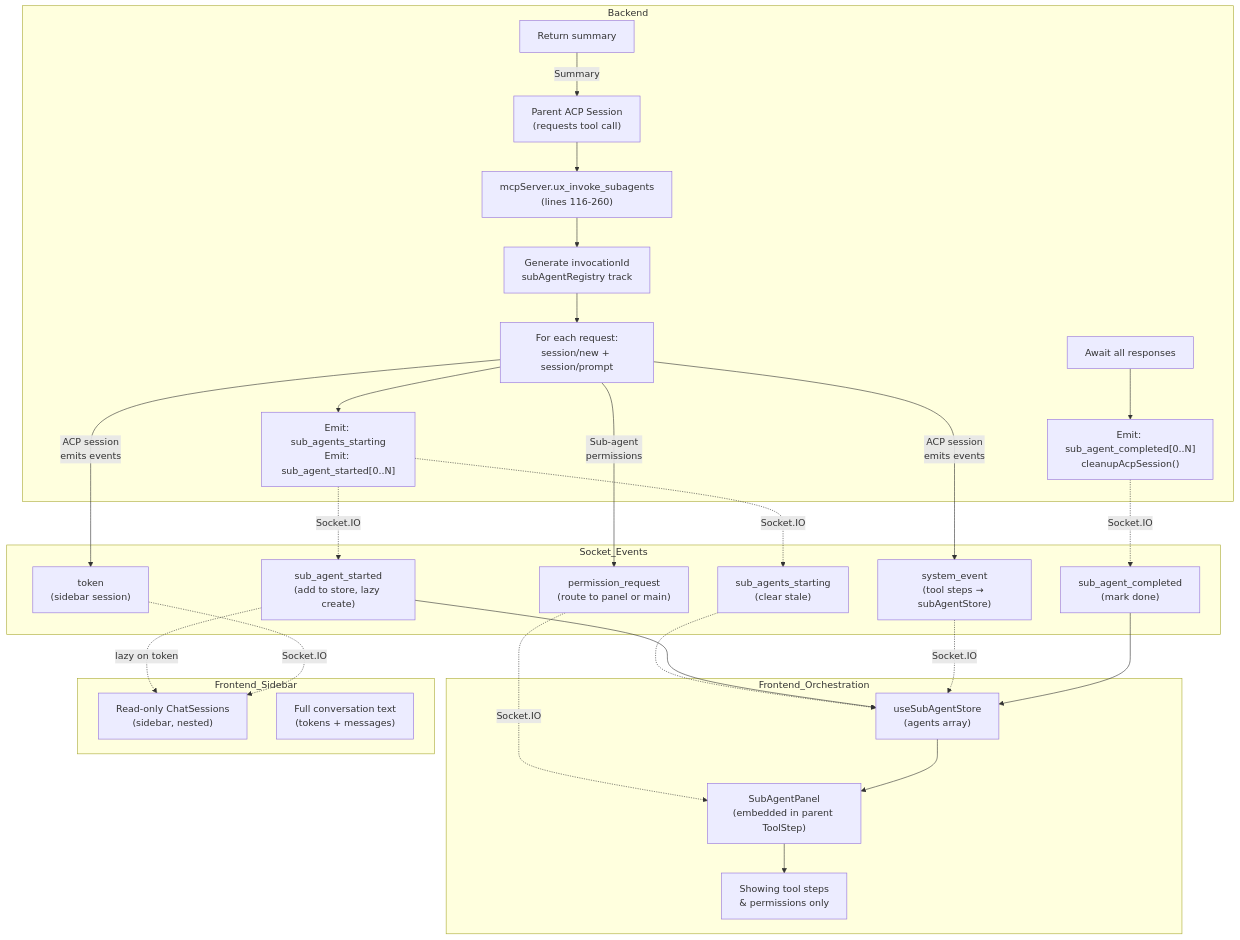
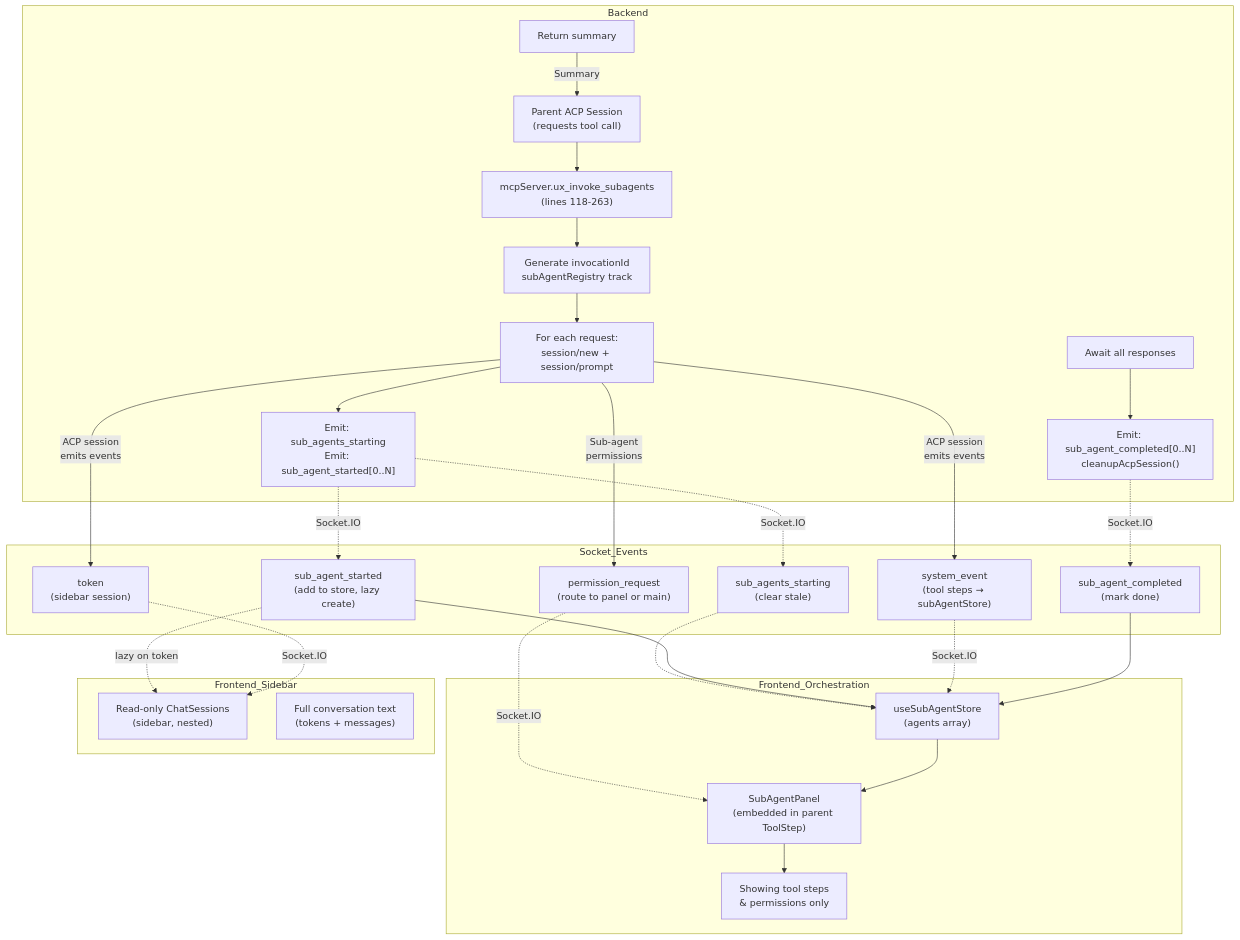
The diagram in documents/[Feature Doc] - ux_invoke_subagents.md (BitsInBytes/AcpUI), drawn with Mermaid before and after one commit. The commit also changed other lines of this file and 27 other files, not shown here.

````diff
--- a/documents/[Feature Doc] - ux_invoke_subagents.md
+++ b/documents/[Feature Doc] - ux_invoke_subagents.md
@@ -402,57 +403,57 @@
 ```mermaid
 graph TB
     subgraph Backend
         B1["Parent ACP Session<br/>(requests tool call)"]
-        B2["mcpServer.ux_invoke_subagents<br/>(lines 116-260)"]
+        B2["mcpServer.ux_invoke_subagents<br/>(lines 118-263)"]
         B3["Generate invocationId<br/>subAgentRegistry track"]
         B4["For each request:<br/>session/new + session/prompt"]
         B5["Emit: sub_agents_starting<br/>Emit: sub_agent_started[0..N]"]
         B6["Await all responses"]
         B7["Emit: sub_agent_completed[0..N]<br/>cleanupAcpSession()"]
         B8["Return summary"]
     end
     
     subgraph Frontend_Orchestration
         F1["SubAgentPanel<br/>(embedded in parent ToolStep)"]
         F2["useSubAgentStore<br/>(agents array)"]
         F3["Showing tool steps<br/>& permissions only"]
     end
     
     subgraph Frontend_Sidebar
         F4["Read-only ChatSessions<br/>(sidebar, nested)"]
         F5["Full conversation text<br/>(tokens + messages)"]
     end
     
     subgraph Socket_Events
         E1["sub_agents_starting<br/>(clear stale)"]
         E2["sub_agent_started<br/>(add to store, lazy create)"]
         E3["token<br/>(sidebar session)"]
         E4["system_event<br/>(tool steps → subAgentStore)"]
         E5["permission_request<br/>(route to panel or main)"]
         E6["sub_agent_completed<br/>(mark done)"]
     end
     
     B1 --> B2
     B2 --> B3
     B3 --> B4
     B4 --> B5
     B5 -.->|Socket.IO| E1
     E1 -.-> F2
     B5 -.->|Socket.IO| E2
     E2 --> F2
     E2 -.->|lazy on token| F4
     
     B4 -->|ACP session<br/>emits events| E3
     E3 -.->|Socket.IO| F4
     B4 -->|ACP session<br/>emits events| E4
     E4 -.->|Socket.IO| F2
     B4 -->|Sub-agent<br/>permissions| E5
     E5 -.->|Socket.IO| F1
     F1 --> F3
     F2 --> F1
     
     B6 --> B7
     B7 -.->|Socket.IO| E6
     E6 --> F2
     B8 -->|Summary| B1
 ```
````
